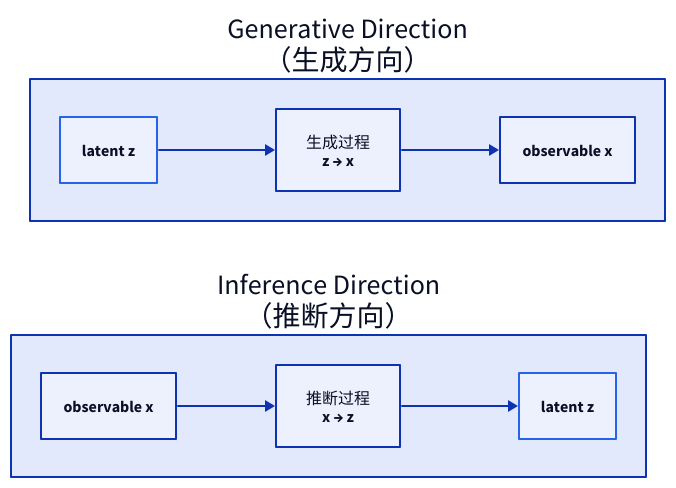
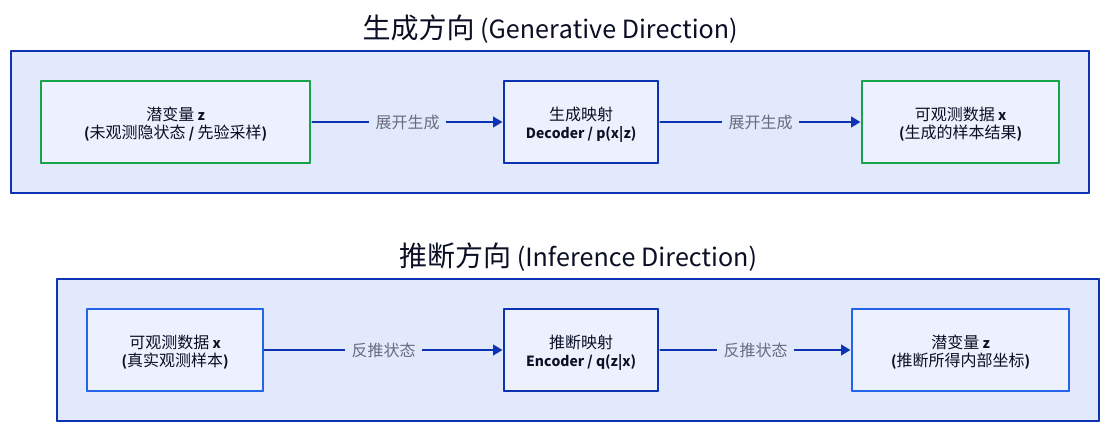
Before and after one commit to 111qqz/111qqz.github.io: the diagram in images/latent-variable-latent-space/generative-inference-direction.d2, drawn with D2. The commit also changed 42 other files, not shown here.

Commit message:
fix: 调整潜变量文章标题去除轻佻反问并重构配图机制流程 111qqz/hugo-blog@e597c7957c1e15d87ffbb51f71de50575ddff3ee

```diff
--- a/images/latent-variable-latent-space/generative-inference-direction.d2
+++ b/images/latent-variable-latent-space/generative-inference-direction.d2
@@ -1,23 +1,27 @@
 direction: right
 
-gen: "Generative Direction\n（生成方向）" {
+gen: "生成方向 (Generative Direction)" {
   direction: down
-  z1: "latent z" {
+  z1: "潜变量 z\n(未观测隐状态 / 先验采样)" {
+    style.stroke: "#16a34a"
+    style.bold: true
+  }
+  p_xz: "生成映射\nDecoder / p(x|z)"
+  x1: "可观测数据 x\n(生成的样本结果)" {
+    style.stroke: "#16a34a"
+  }
+  z1 -> p_xz -> x1: "展开生成"
+}
+
+inf: "推断方向 (Inference Direction)" {
+  direction: down
+  x2: "可观测数据 x\n(真实观测样本)" {
+    style.stroke: "#2563eb"
+  }
+  q_zx: "推断映射\nEncoder / q(z|x)"
+  z2: "潜变量 z\n(推断所得内部坐标)" {
     style.stroke: "#2563eb"
     style.bold: true
   }
-  proc1: "生成过程\nz → x"
-  x1: "observable x"
-  z1 -> proc1 -> x1
+  x2 -> q_zx -> z2: "反推状态"
 }
-
-inf: "Inference Direction\n（推断方向）" {
-  direction: down
-  x2: "observable x"
-  proc2: "推断过程\nx → z"
-  z2: "latent z" {
-    style.stroke: "#2563eb"
-    style.bold: true
-  }
-  x2 -> proc2 -> z2
-}
```
